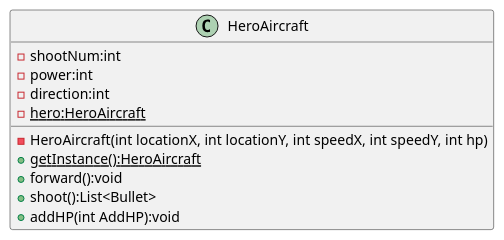
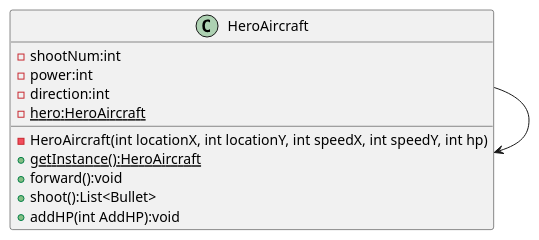
One commit to HITlgw/AircraftWar-base changed the diagram in uml/Singleton_HeroAircraft.puml. Above: the diagram before and after it, drawn with PlantUML. The commit also changed 3 other files, not shown here.

```diff
--- a/uml/Singleton_HeroAircraft.puml
+++ b/uml/Singleton_HeroAircraft.puml
@@ -1,18 +1,18 @@
 @startuml
 'https://plantuml.com/class-diagram
 class HeroAircraft {
     - shootNum:int
     - power:int
     - direction:int
     - {static}hero:HeroAircraft
 
     - HeroAircraft(int locationX, int locationY, int speedX, int speedY, int hp)
     + {static}getInstance():HeroAircraft
     + forward():void
     + shoot():List<Bullet>
     + addHP(int AddHP):void
 
 }
-
+HeroAircraft--->HeroAircraft
 
 @enduml
```
